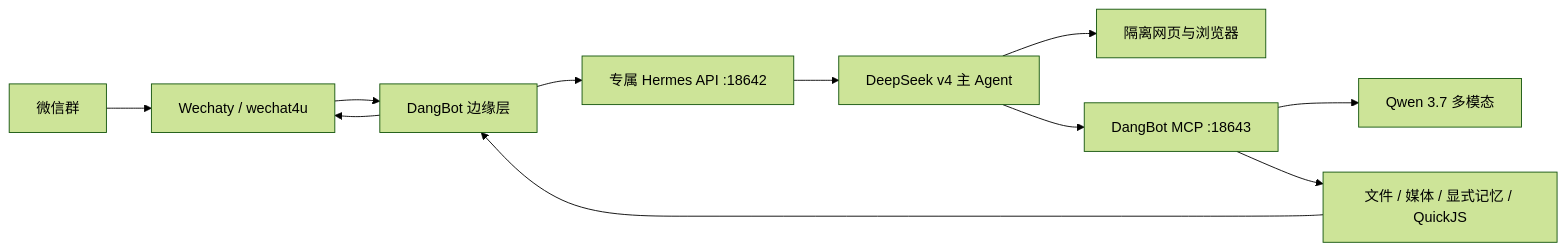
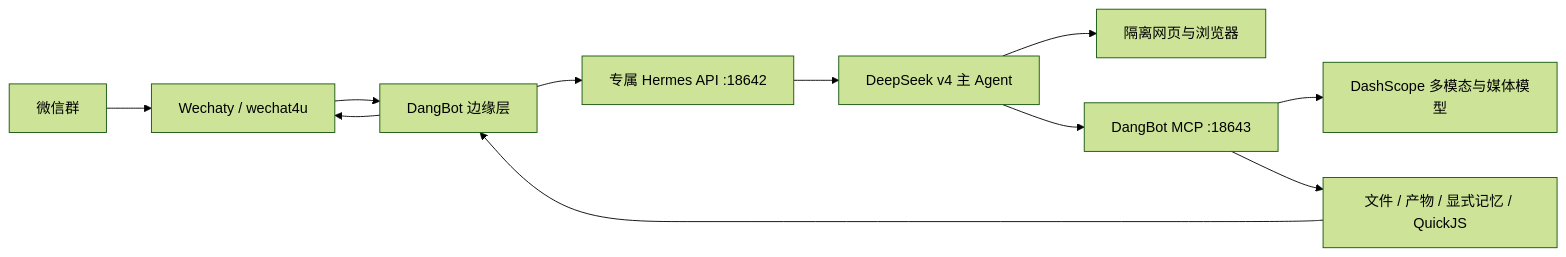
One commit to Sy2RK/DangBot changed the diagram in docs/hermes-backend.md. Above: the diagram before and after it, drawn with Mermaid (forest theme). The commit also changed other lines of this file and 24 other files, not shown here.

Commit message:
feat: migrate media services to DashScope

````diff
--- a/docs/hermes-backend.md
+++ b/docs/hermes-backend.md
@@ -12,13 +12,13 @@
 ```mermaid
 flowchart LR
     W["微信群"] --> A["Wechaty / wechat4u"]
     A --> E["DangBot 边缘层"]
     E --> H["专属 Hermes API :18642"]
     H --> D["DeepSeek v4 主 Agent"]
     D --> B["隔离网页与浏览器"]
     D --> M["DangBot MCP :18643"]
-    M --> Q["Qwen 3.7 多模态"]
-    M --> F["文件 / 媒体 / 显式记忆 / QuickJS"]
+    M --> Q["DashScope 多模态与媒体模型"]
+    M --> F["文件 / 产物 / 显式记忆 / QuickJS"]
     F --> E
     E --> A
 ```
````
